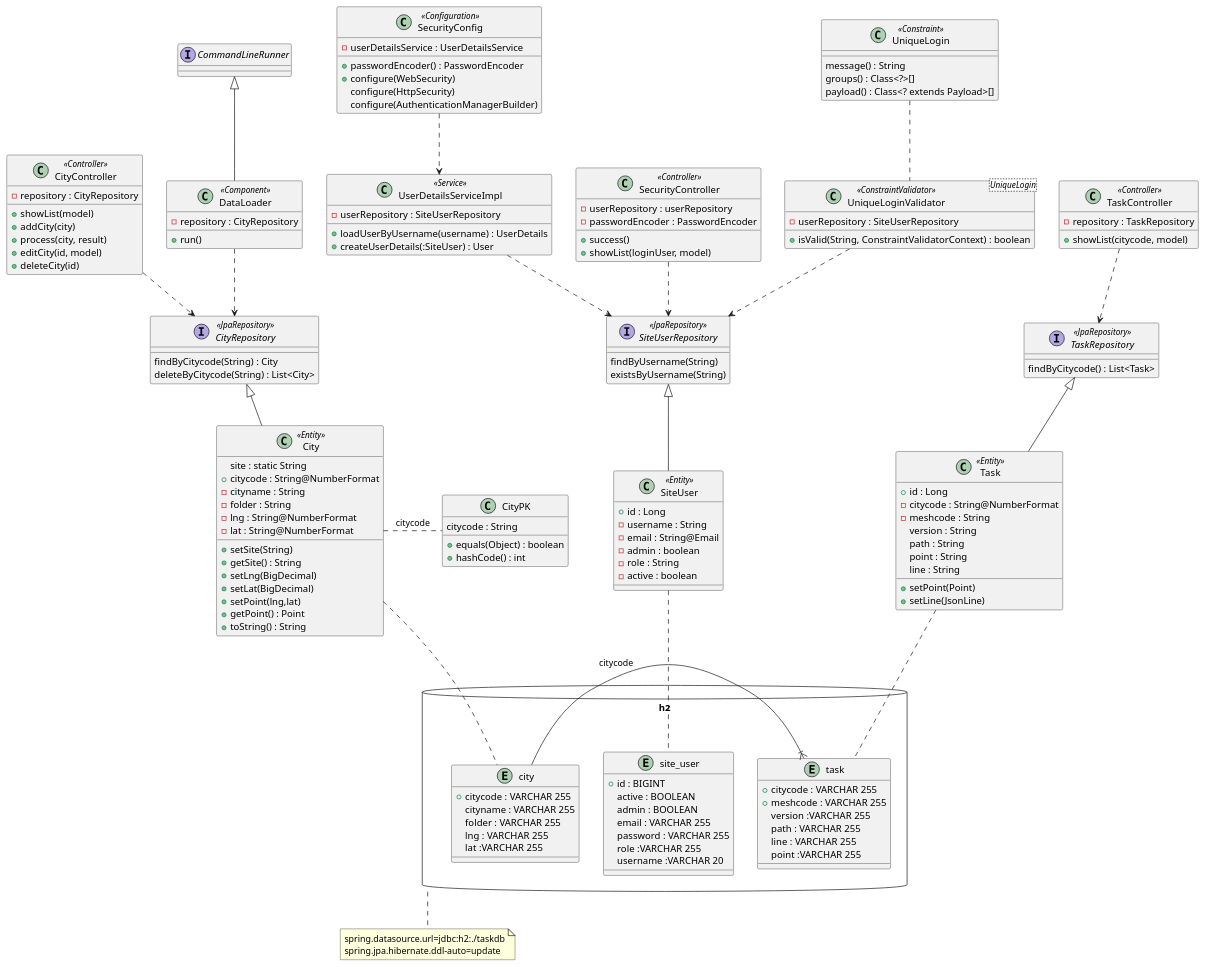
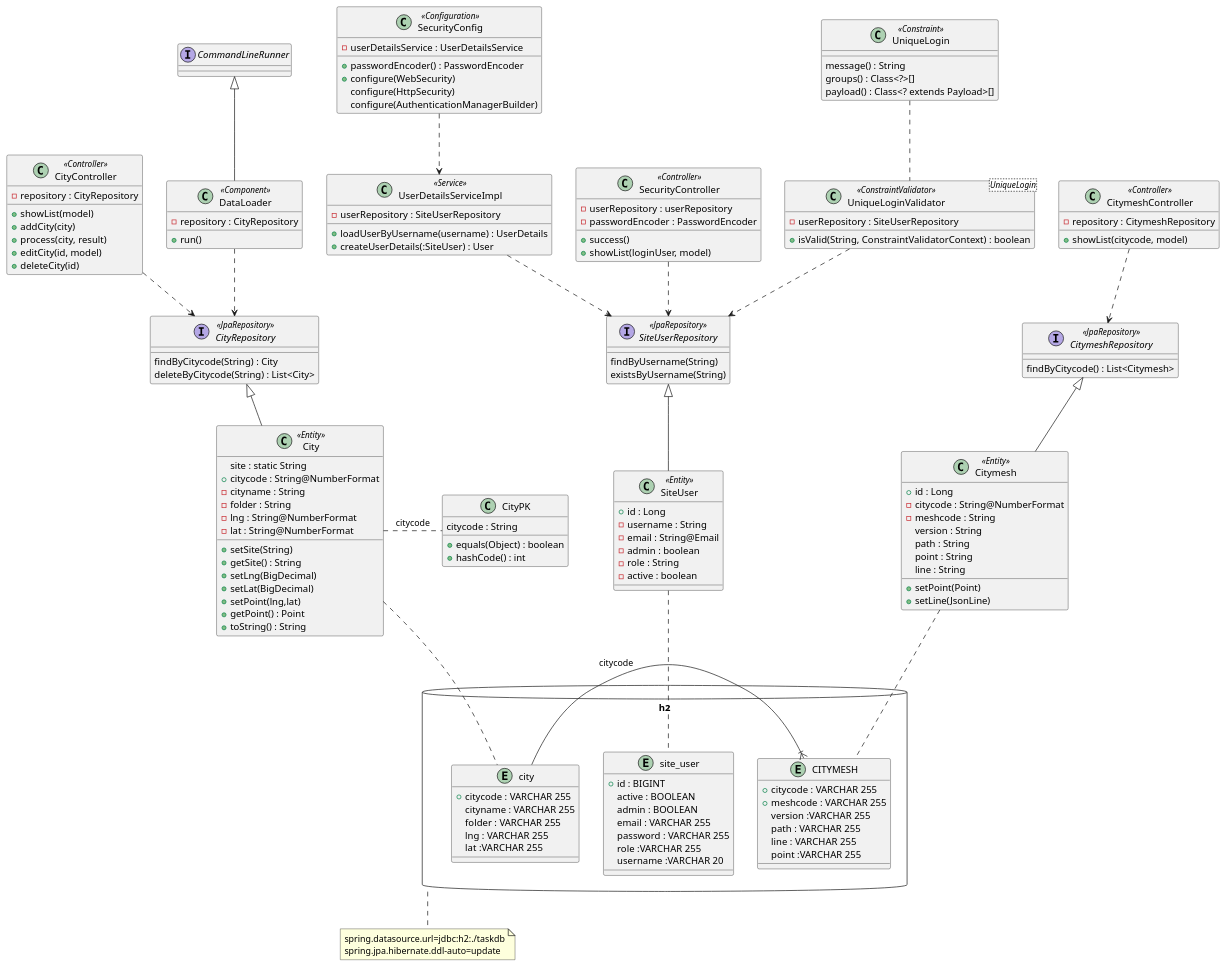
Before and after one commit to yuuhayashi/task-bldg: the diagram in class.pu, drawn with PlantUML. The commit also changed other lines of this file and 13 other files, not shown here.

Commit message:
リファクタリング: 「Task」を「Citymesh」に変更

```diff
--- a/class.pu
+++ b/class.pu
@@ -1,161 +1,161 @@
 @startuml
 
 database "h2" as db {
 	entity city {
 		+ citycode : VARCHAR 255
 		cityname : VARCHAR 255
 		folder : VARCHAR 255
 		lng : VARCHAR 255
 		lat :VARCHAR 255
 	}
 
 	entity site_user {
 		+ id : BIGINT
 		active : BOOLEAN
 		admin : BOOLEAN
 		email : VARCHAR 255
 		password : VARCHAR 255
 		role :VARCHAR 255
 		username :VARCHAR 20
 	}
 
-	entity task {
+	entity CITYMESH {
 		+ citycode : VARCHAR 255
 		+ meshcode : VARCHAR 255
 		version :VARCHAR 255
 		path : VARCHAR 255
 		line : VARCHAR 255
 		point :VARCHAR 255
 	}
-	task }|- city : citycode
+	CITYMESH }|- city : citycode
 }
 note bottom of db : spring.datasource.url=jdbc:h2:./taskdb\nspring.jpa.hibernate.ddl-auto=update
 
 class SecurityConfig <<Configuration>> {
 	- userDetailsService : UserDetailsService
 	+ passwordEncoder() : PasswordEncoder
 	+ configure(WebSecurity)
 	configure(HttpSecurity)
 	configure(AuthenticationManagerBuilder)
 }
 
 class UserDetailsServiceImpl <<Service>> {
   - userRepository : SiteUserRepository
   + loadUserByUsername(username) : UserDetails
   + createUserDetails(:SiteUser) : User
 }
 
 class SecurityController <<Controller>> {
   - userRepository : userRepository
   - passwordEncoder : PasswordEncoder
   + success()
   + showList(loginUser, model)
 }
 
 class SiteUser <<Entity>> {
   + id : Long
   - username : String
   - email : String@Email
   - admin : boolean
   - role : String
   - active : boolean
 }
 SiteUser .. site_user
 
 class UniqueLoginValidator<UniqueLogin> <<ConstraintValidator>> {
   - userRepository : SiteUserRepository
   + isValid(String, ConstraintValidatorContext) : boolean
 }
 
 class UniqueLogin <<Constraint>> {
   message() : String
   groups() : Class<?>[]
   payload() : Class<? extends Payload>[]
 }
 
 interface SiteUserRepository <<JpaRepository>> {
 	findByUsername(String)
 	existsByUsername(String)
 }
 SecurityConfig ..> UserDetailsServiceImpl
 UserDetailsServiceImpl ..> SiteUserRepository
 SecurityController ..> SiteUserRepository
 UniqueLoginValidator ..> SiteUserRepository
 UniqueLogin .. UniqueLoginValidator
 SiteUserRepository <|-- SiteUser
 
 class City <<Entity>> {
 	site : static String
   + citycode : String@NumberFormat
   - cityname : String
   - folder : String
   - lng : String@NumberFormat
   - lat : String@NumberFormat
   + setSite(String)
   + getSite() : String
   + setLng(BigDecimal)
   + setLat(BigDecimal)
   + setPoint(lng,lat)
   + getPoint() : Point
   + toString() : String
 }
 City .. city
 City . CityPK : citycode
 
 class CityPK {
 	citycode : String
 	+ equals(Object) : boolean
 	+ hashCode() : int
 }
 
 interface CityRepository <<JpaRepository>> {
 	findByCitycode(String) : City
 	deleteByCitycode(String) : List<City>
 }
 CityRepository <|-- City
 
 class CityController <<Controller>> {
   - repository : CityRepository
   + showList(model)
   + addCity(city)
   + process(city, result)
   + editCity(id, model)
   + deleteCity(id)
 }
 CityController ..> CityRepository
 
-class TaskController <<Controller>> {
-  - repository : TaskRepository
+class CitymeshController <<Controller>> {
+  - repository : CitymeshRepository
   + showList(citycode, model)
 }
-TaskController ..> TaskRepository
+CitymeshController ..> CitymeshRepository
 
-interface TaskRepository <<JpaRepository>> {
-	findByCitycode() : List<Task>
+interface CitymeshRepository <<JpaRepository>> {
+	findByCitycode() : List<Citymesh>
 }
-TaskRepository <|-- Task
+CitymeshRepository <|-- Citymesh
 
-class Task <<Entity>> {
+class Citymesh <<Entity>> {
   + id : Long
   - citycode : String@NumberFormat
   - meshcode : String
   version : String
   path : String
   point : String
   line : String
   + setPoint(Point)
   + setLine(JsonLine)
 }
-Task .. task
+Citymesh .. CITYMESH
 
 interface CommandLineRunner
 
 class DataLoader <<Component>> {
   - repository : CityRepository
   + run()
 }
 DataLoader ..> CityRepository
 
 CommandLineRunner <|-- DataLoader
 
 @enduml
```
